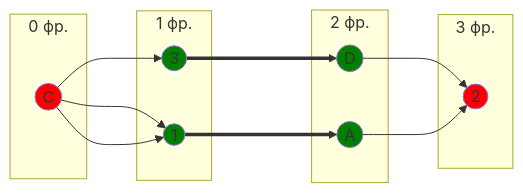
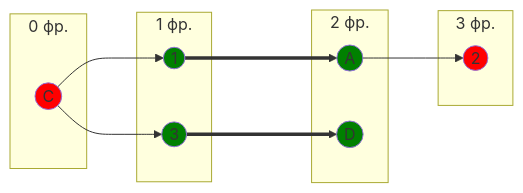
One commit to algos-ris-24-4/manual-tasks changed the fifth of 7 diagrams in Задание 8/crani.md. Above: the diagram before and after it, drawn with Mermaid. The commit also changed other lines of this file, not shown here.

````diff
--- a/Задание 8/crani.md
+++ b/Задание 8/crani.md
@@ -175,27 +207,26 @@
 ```mermaid
 graph LR
     subgraph "0 фр."
         C((C))
     end
     subgraph "1 фр."
         1((1))
         3((3))
     end
     subgraph "2 фр."
         A((A))
         D((D))
     end
     subgraph "3 фр."
         2((2))
     end
-    C --> 1
-    C --> 3 ===> D --> 2
+    C --> 3 ===> D
     C --> 1 ===> A --> 2
 
     style C fill:#FF0000
     style A fill:#008000
     style D fill:#008000
     style 1 fill:#008000
     style 3 fill:#008000
     style 2 fill:#FF0000
 ```
````
